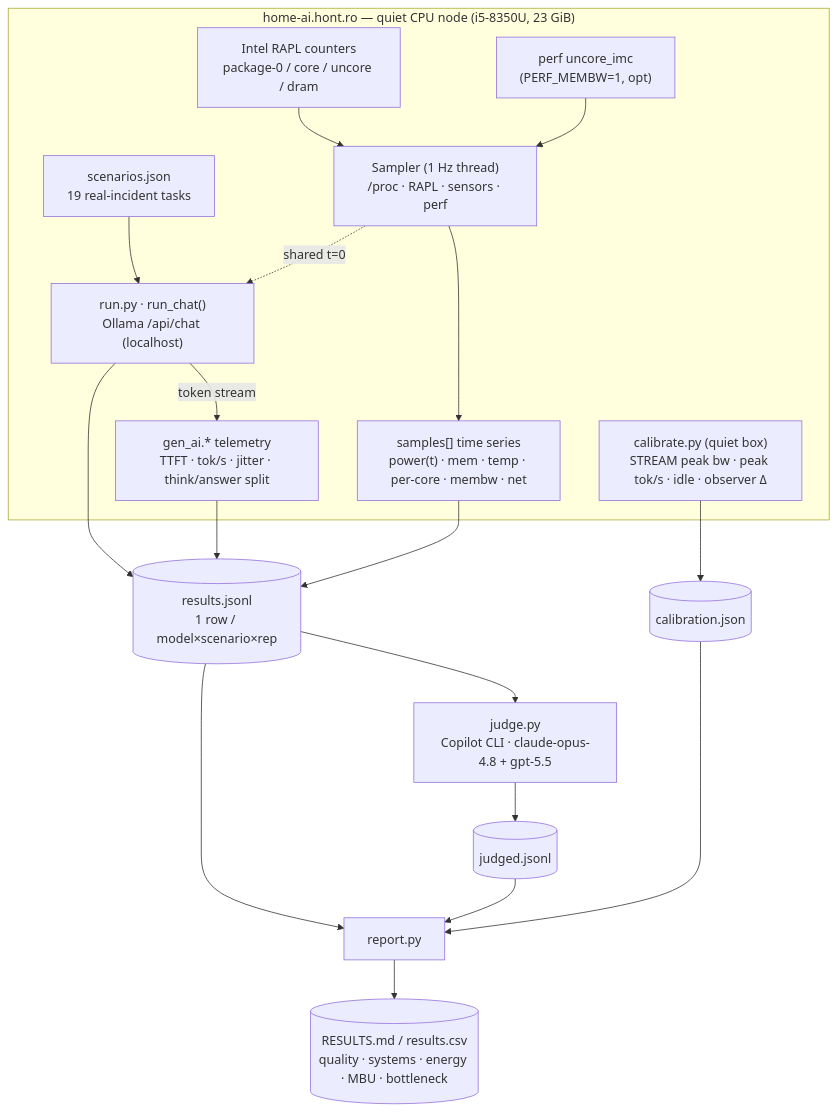
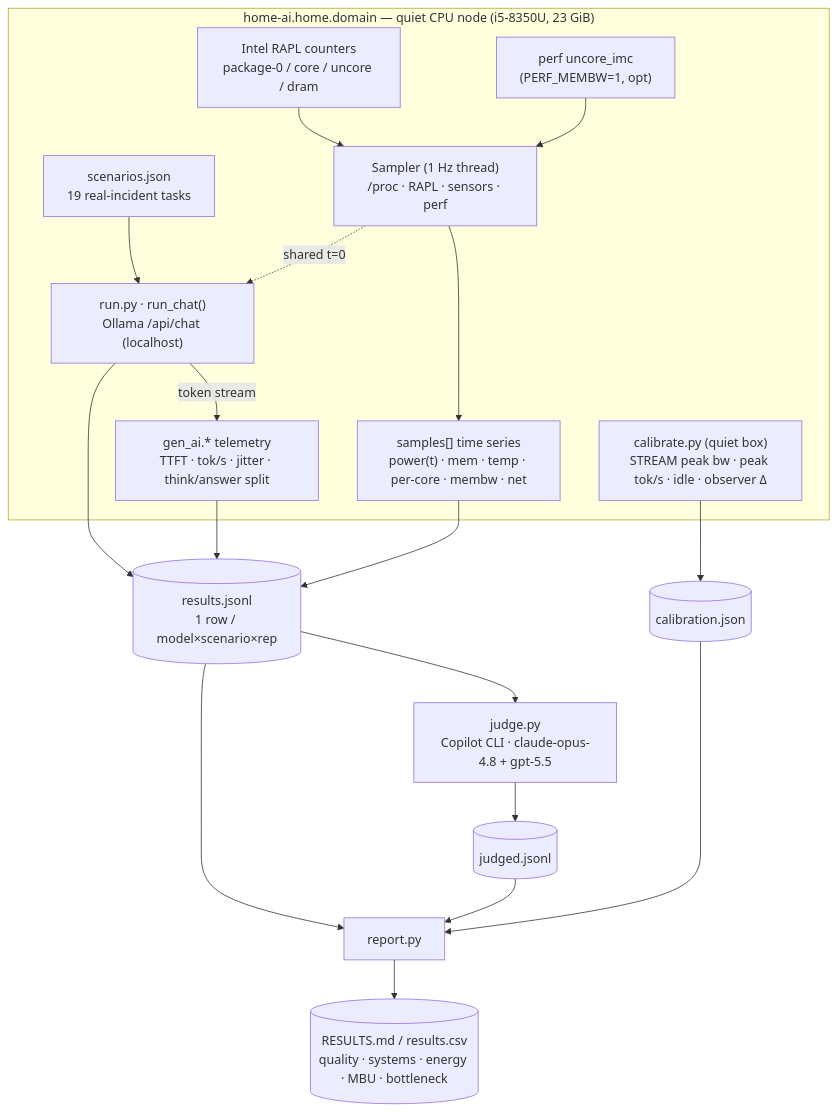
The diagram in docs/TELEMETRY.md (dragoshont/apprenticeops), drawn with Mermaid before and after one commit. The commit also changed other lines of this file and 59 other files, not shown here.

````diff
--- a/docs/TELEMETRY.md
+++ b/docs/TELEMETRY.md
@@ -16,24 +16,24 @@
 ```mermaid
 flowchart TD
-    subgraph node["home-ai.hont.ro — quiet CPU node (i5-8350U, 23 GiB)"]
+    subgraph node["home-ai.home.domain — quiet CPU node (i5-8350U, 23 GiB)"]
         sc[scenarios.json<br/>19 real-incident tasks] --> rc
         rc["run.py · run_chat()<br/>Ollama /api/chat (localhost)"]
         rc -- token stream --> gen["gen_ai.* telemetry<br/>TTFT · tok/s · jitter · think/answer split"]
         samp["Sampler (1 Hz thread)<br/>/proc · RAPL · sensors · perf"] -. shared t=0 .-> rc
         samp --> series["samples[] time series<br/>power(t) · mem · temp · per-core · membw · net"]
         rapl["Intel RAPL counters<br/>package-0 / core / uncore / dram"] --> samp
         perf["perf uncore_imc<br/>(PERF_MEMBW=1, opt)"] --> samp
         cal["calibrate.py (quiet box)<br/>STREAM peak bw · peak tok/s · idle · observer Δ"]
     end
     rc --> row[("results.jsonl<br/>1 row / model×scenario×rep")]
     gen --> row
     series --> row
     cal --> caljson[("calibration.json")]
 
     row --> judge["judge.py<br/>Copilot CLI · claude-opus-4.8 + gpt-5.5"]
     judge --> judged[("judged.jsonl")]
     row --> rep
     judged --> rep
     caljson --> rep["report.py"]
     rep --> md[("RESULTS.md / results.csv<br/>quality · systems · energy · MBU · bottleneck")]
 ```
````
